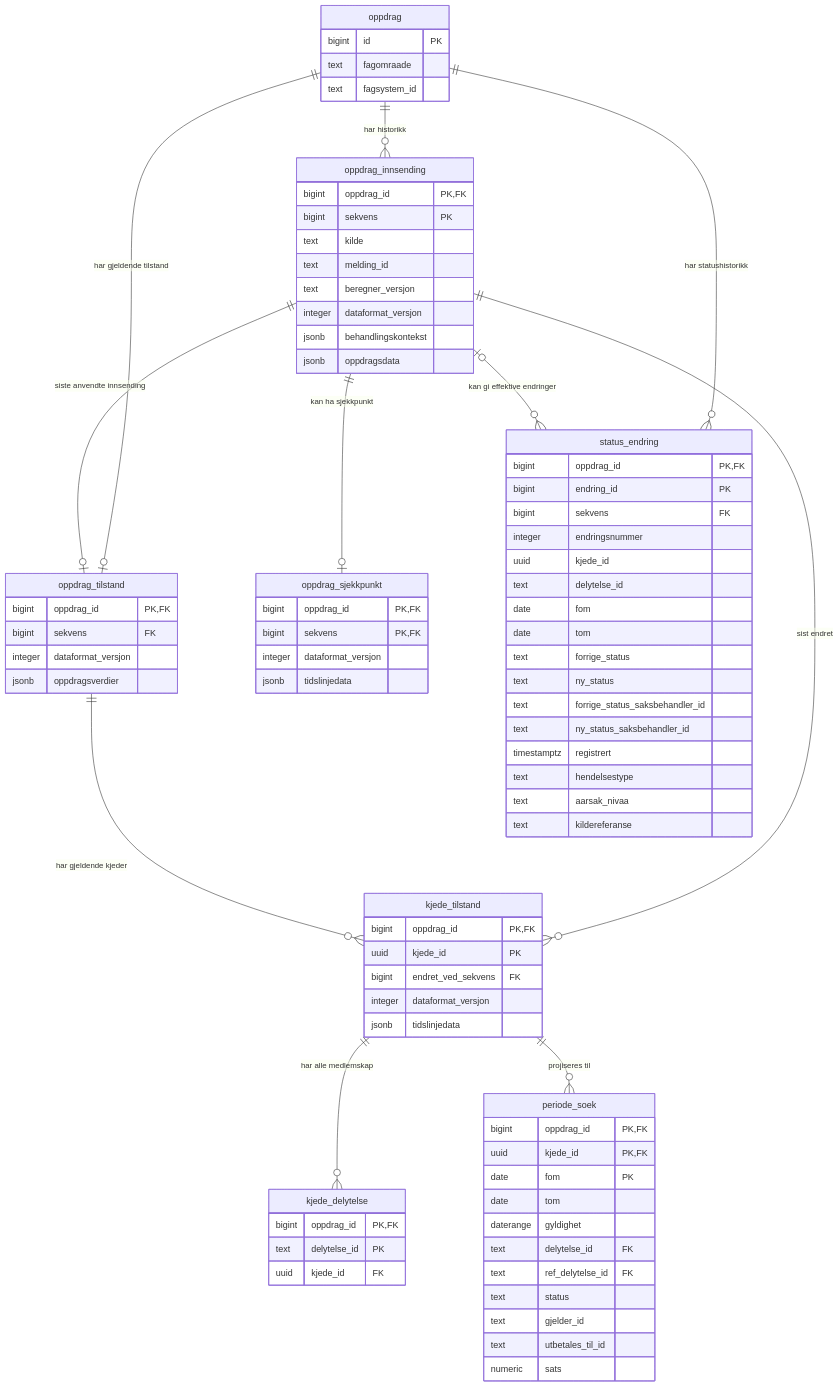
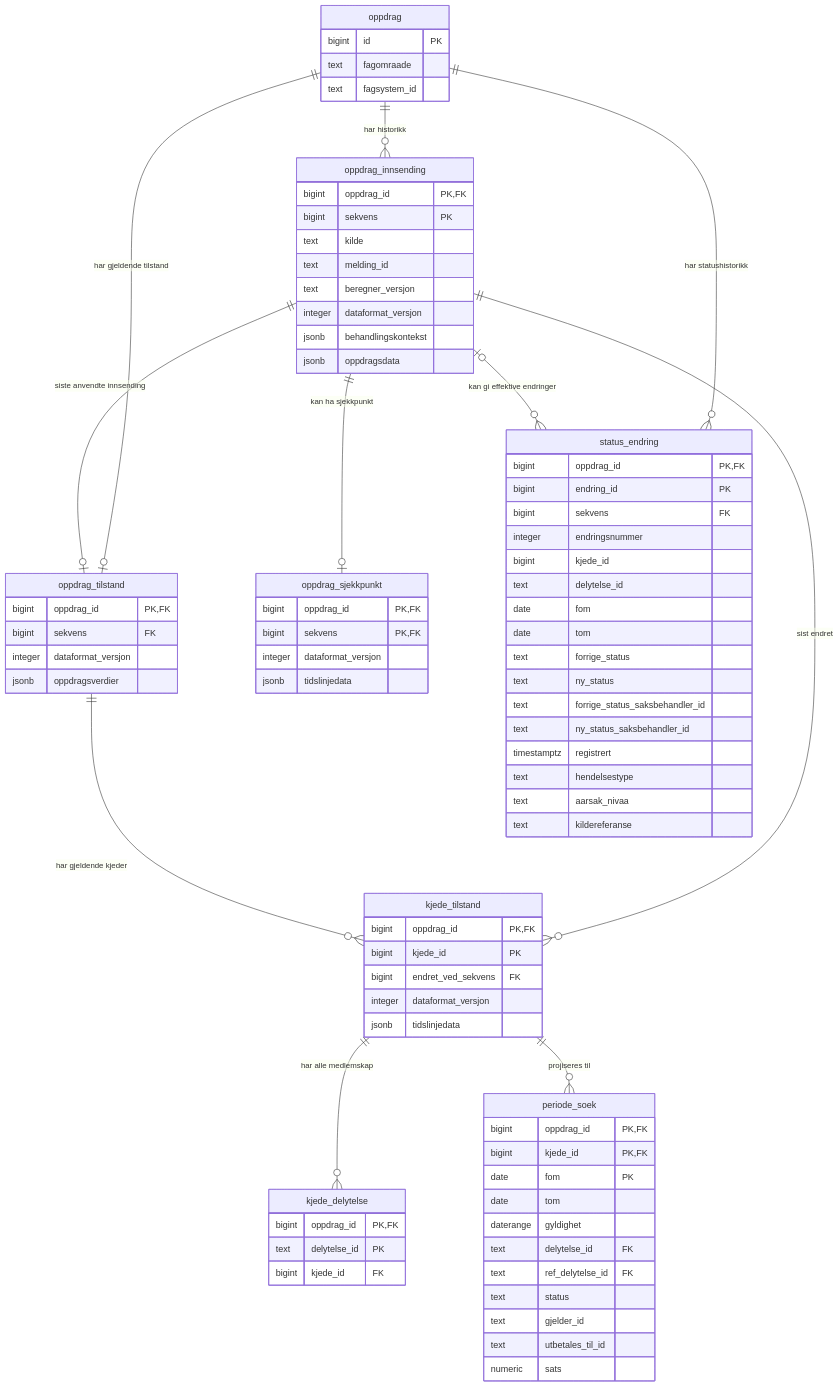
The fourth of 4 diagrams in dokumentasjon/sammenligning-databasemodeller.md (navikt/beregningsplattformen), drawn with Mermaid before and after one commit. The commit also changed other lines of this file, not shown here.

```diff
--- a/dokumentasjon/sammenligning-databasemodeller.md
+++ b/dokumentasjon/sammenligning-databasemodeller.md
@@ -392,7 +386,7 @@
     }
     kjede_tilstand {
         bigint oppdrag_id PK, FK
-        uuid kjede_id PK
+        bigint kjede_id PK
         bigint endret_ved_sekvens FK
         integer dataformat_versjon
         jsonb tidslinjedata
@@ -400,7 +394,7 @@
     kjede_delytelse {
         bigint oppdrag_id PK, FK
         text delytelse_id PK
-        uuid kjede_id FK
+        bigint kjede_id FK
     }
     oppdrag_sjekkpunkt {
         bigint oppdrag_id PK, FK
@@ -410,7 +404,7 @@
     }
     periode_soek {
         bigint oppdrag_id PK, FK
-        uuid kjede_id PK, FK
+        bigint kjede_id PK, FK
         date fom PK
         date tom
         daterange gyldighet
@@ -426,7 +420,7 @@
         bigint endring_id PK
         bigint sekvens FK
         integer endringsnummer
-        uuid kjede_id
+        bigint kjede_id
         text delytelse_id
         date fom
         date tom
```
